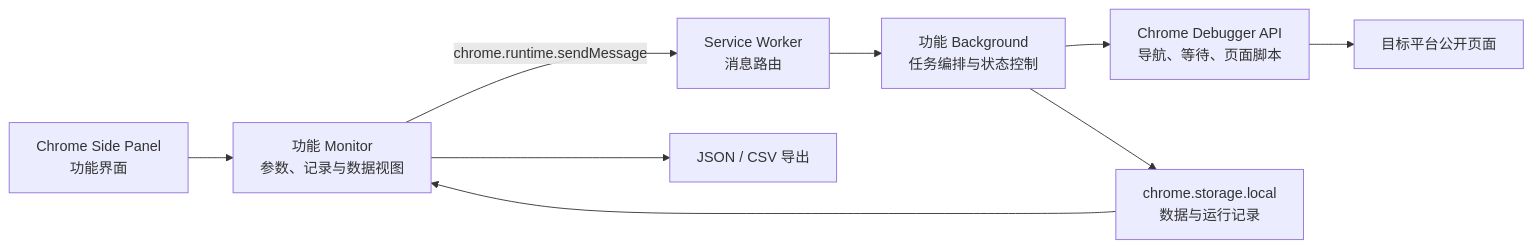
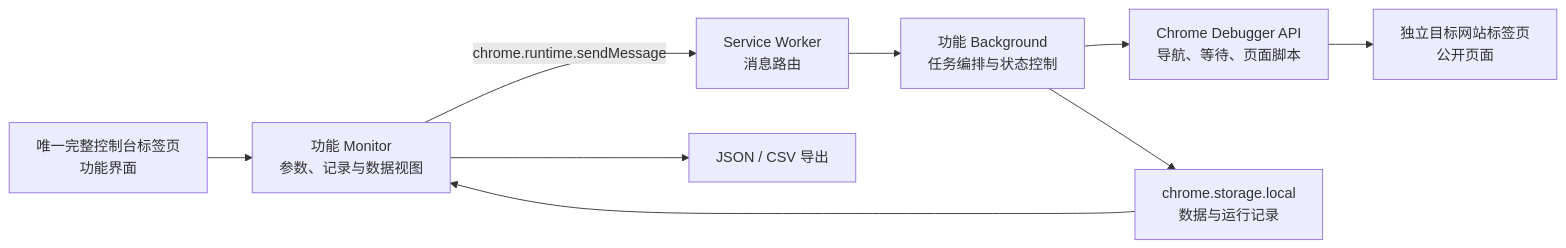
One commit to codes2ai/BrowserCoreClaw changed the diagram in README.md. Above: the diagram before and after it, drawn with Mermaid. The commit also changed other lines of this file and 21 other files, not shown here.

````diff
--- a/README.md
+++ b/README.md
@@ -49,11 +50,11 @@
 ```mermaid
 flowchart LR
-  A[Chrome Side Panel<br/>功能界面] --> B[功能 Monitor<br/>参数、记录与数据视图]
+  A[唯一完整控制台标签页<br/>功能界面] --> B[功能 Monitor<br/>参数、记录与数据视图]
   B -->|chrome.runtime.sendMessage| C[Service Worker<br/>消息路由]
   C --> D[功能 Background<br/>任务编排与状态控制]
   D --> E[Chrome Debugger API<br/>导航、等待、页面脚本]
-  E --> F[目标平台公开页面]
+  E --> F[独立目标网站标签页<br/>公开页面]
   D --> G[chrome.storage.local<br/>数据与运行记录]
   G --> B
   B --> H[JSON / CSV 导出]
 ```
````
